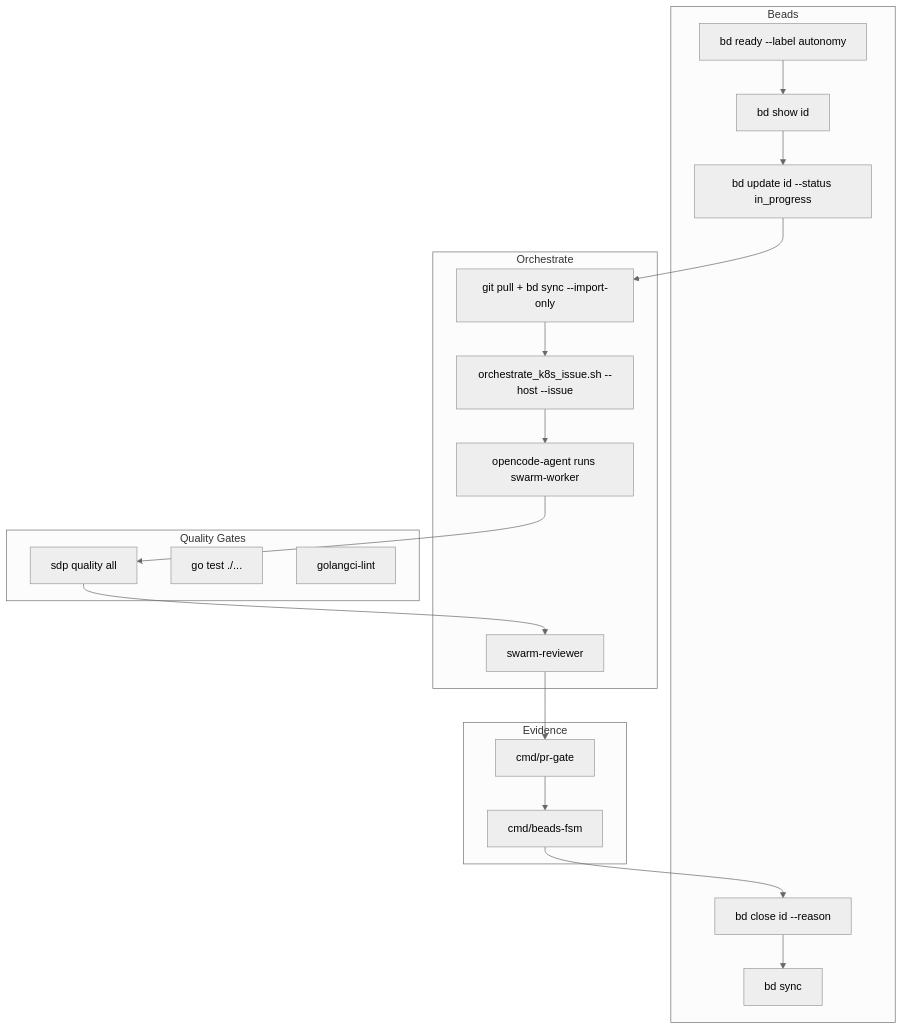
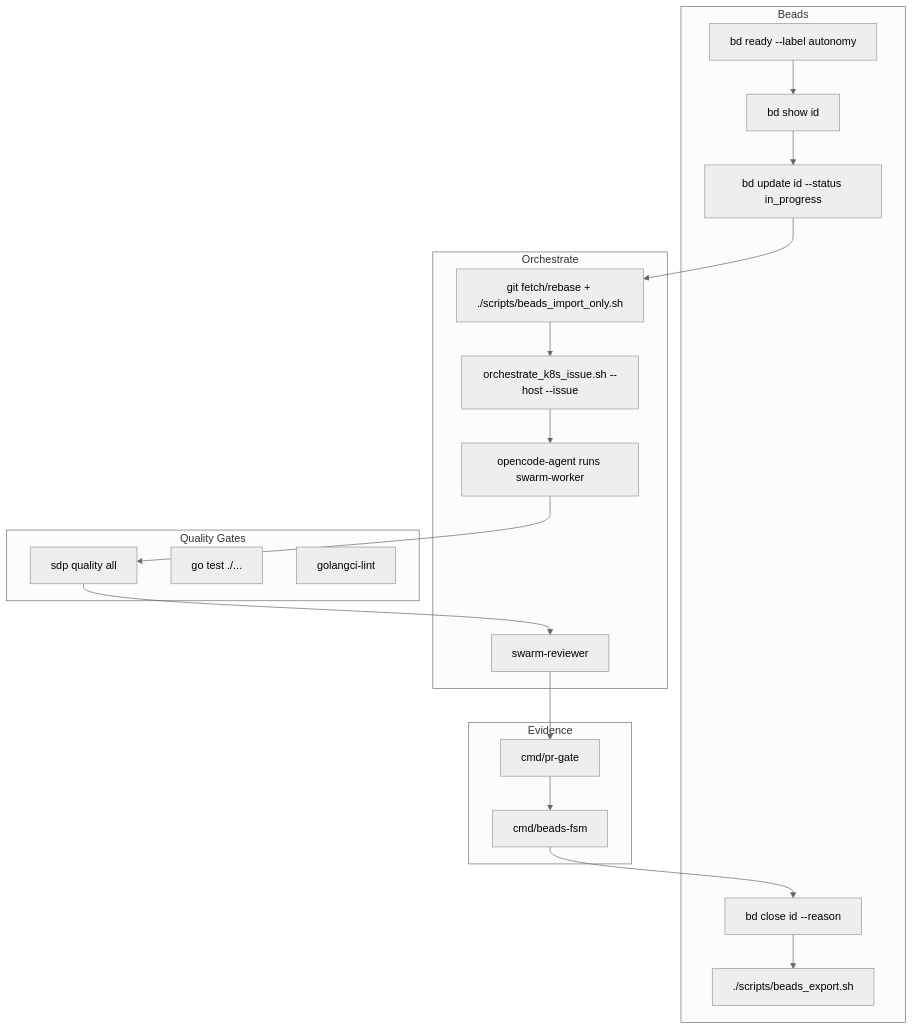
Before and after one commit to fall-out-bug/sdp_lab: the first of 2 diagrams in docs/SDP_OPERATOR_WORKFLOW.md, drawn with Mermaid (neutral theme). The commit also changed other lines of this file and 11 other files, not shown here.

````diff
--- a/docs/SDP_OPERATOR_WORKFLOW.md
+++ b/docs/SDP_OPERATOR_WORKFLOW.md
@@ -12,33 +12,33 @@
 ```mermaid
 flowchart TD
     subgraph beads [Beads]
         Ready[bd ready --label autonomy]
         Show[bd show id]
         Claim[bd update id --status in_progress]
         Close[bd close id --reason]
-        Sync[bd sync]
+        Export[./scripts/beads_export.sh]
     end
 
     subgraph orchestrate [Orchestrate]
-        Preflight[git pull + bd sync --import-only]
+        Preflight[git fetch/rebase + ./scripts/beads_import_only.sh]
         Dispatch[orchestrate_k8s_issue.sh --host --issue]
         Worker[opencode-agent runs swarm-worker]
         Reviewer[swarm-reviewer]
     end
 
     subgraph quality [Quality Gates]
         SDP[sdp quality all]
         Tests[go test ./...]
         Lint[golangci-lint]
     end
 
     subgraph evidence [Evidence]
         FSM[cmd/beads-fsm]
         PRGate[cmd/pr-gate]
     end
 
     Ready --> Show --> Claim
     Claim --> Preflight --> Dispatch
     Dispatch --> Worker --> SDP --> Reviewer
-    Reviewer --> PRGate --> FSM --> Close --> Sync
+    Reviewer --> PRGate --> FSM --> Close --> Export
 ```
````
